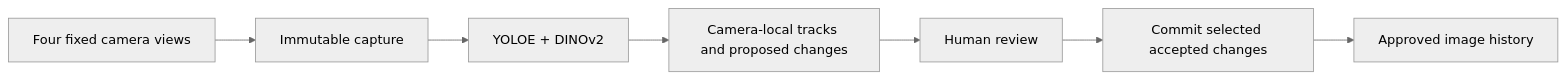
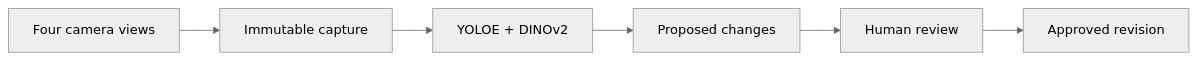
Before and after one commit to Eschxr/space-git: the diagram in README.md, drawn with Mermaid (neutral theme). The commit also changed other lines of this file, not shown here.

````diff
--- a/README.md
+++ b/README.md
@@ -25,9 +39,8 @@
 ```mermaid
 flowchart LR
-    A["Four fixed camera views"] --> B["Immutable capture"]
+    A["Four camera views"] --> B["Immutable capture"]
     B --> C["YOLOE + DINOv2"]
-    C --> D["Camera-local tracks and proposed changes"]
+    C --> D["Proposed changes"]
     D --> E["Human review"]
-    E --> F["Commit selected accepted changes"]
-    F --> G["Approved image history"]
+    E --> F["Approved revision"]
 ```
````
